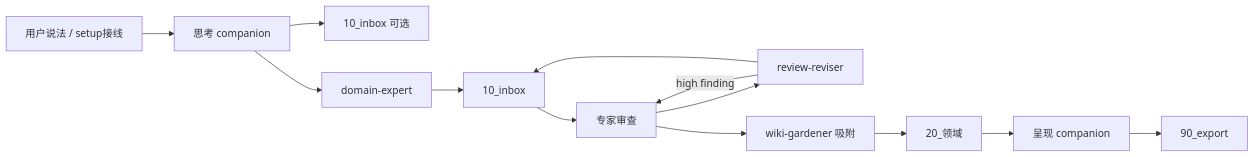
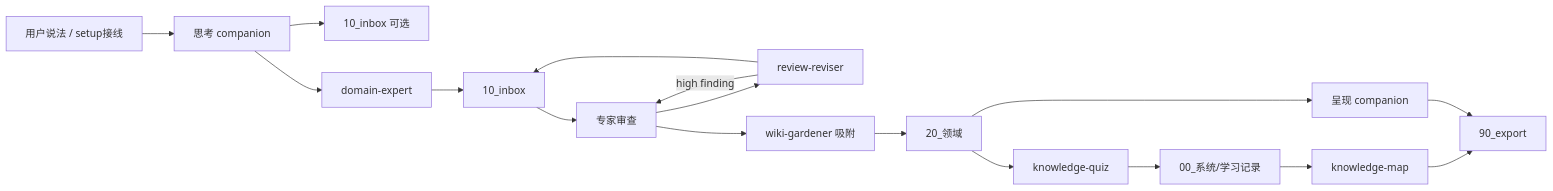
The diagram in docs/companion协作流程.md (tangzzz-fan/Wiki-Gardener-Skill), drawn with Mermaid before and after one commit. The commit also changed other lines of this file and 23 other files, not shown here.

First line of the commit message:
Add knowledge-quiz and knowledge-map companions for post-vault study.

````diff
--- a/docs/companion协作流程.md
+++ b/docs/companion协作流程.md
@@ -62,15 +67,19 @@
 ```mermaid
 flowchart LR
   invoke[用户说法 / setup接线] --> think[思考 companion]
   think --> inboxA[10_inbox 可选]
   think --> expert[domain-expert]
   expert --> inboxB[10_inbox]
   inboxB --> review[专家审查]
   review --> revise[review-reviser]
   revise -->|"high finding"| review
   revise --> inboxB
   review --> gardener[wiki-gardener 吸附]
   gardener --> domain[20_领域]
+  domain --> quiz[knowledge-quiz]
+  quiz --> learn[00_系统/学习记录]
+  learn --> map[knowledge-map]
+  map --> exportDir
   domain --> present[呈现 companion]
   present --> exportDir[90_export]
 ```
````
